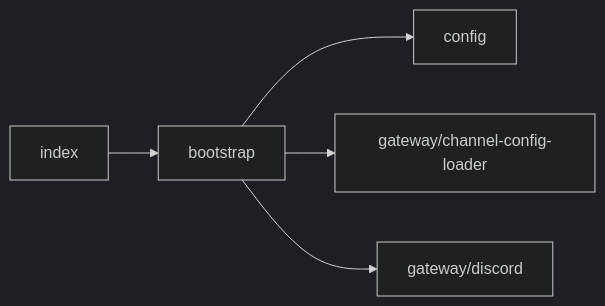
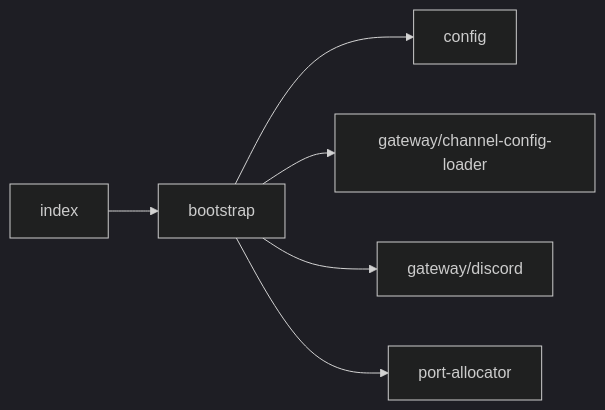
One commit to OJII3/vicissitude changed the diagram in apps/discord/DEPS.md. Above: the diagram before and after it, drawn with Mermaid (dark theme). The commit also changed other lines of this file and 2 other files, not shown here.

````diff
--- a/apps/discord/DEPS.md
+++ b/apps/discord/DEPS.md
@@ -7,10 +7,12 @@
 ```mermaid
 graph LR
   bootstrap --> config
   bootstrap --> gateway_channel_config_loader["gateway/channel-config-loader"]
   bootstrap --> gateway_discord["gateway/discord"]
+  bootstrap --> port_allocator["port-allocator"]
   config
   gateway_channel_config_loader["gateway/channel-config-loader"]
   gateway_discord["gateway/discord"]
   index --> bootstrap
+  port_allocator["port-allocator"]
 ```
````
